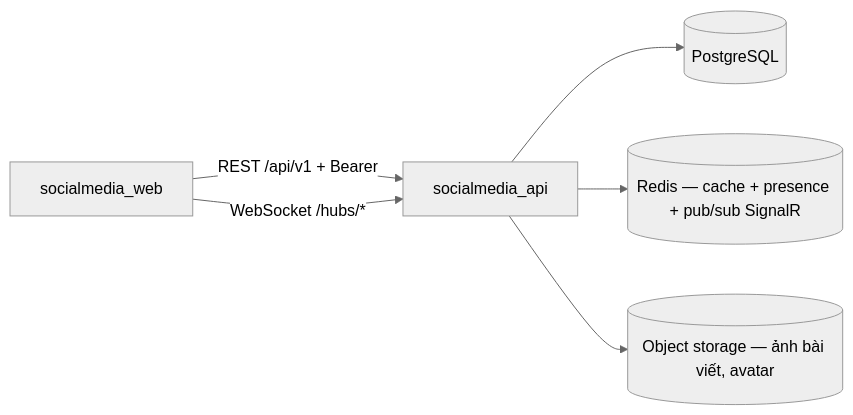
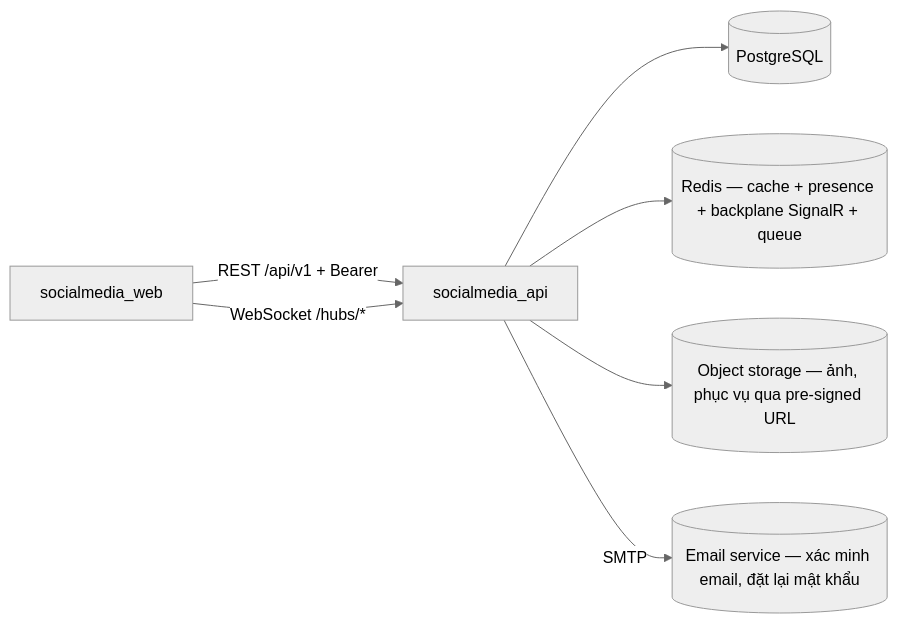
Before and after one commit to loveart1210/socialmedia: the diagram in .claude/rules/ARCHITECTURE.md, drawn with Mermaid (neutral theme). The commit also changed other lines of this file and 7 other files, not shown here.

````diff
--- a/.claude/rules/ARCHITECTURE.md
+++ b/.claude/rules/ARCHITECTURE.md
@@ -17,8 +18,9 @@
 ```mermaid
 flowchart LR
   W[socialmedia_web] -->|REST /api/v1 + Bearer| A[socialmedia_api]
   W -->|WebSocket /hubs/*| A
   A --> DB[(PostgreSQL)]
-  A --> R[(Redis — cache + presence + pub/sub SignalR)]
-  A --> S[(Object storage — ảnh bài viết, avatar)]
+  A --> R[(Redis — cache + presence + backplane SignalR + queue)]
+  A --> S[(Object storage — ảnh, phục vụ qua pre-signed URL)]
+  A -->|SMTP| MX[(Email service — xác minh email, đặt lại mật khẩu)]
 ```
````
